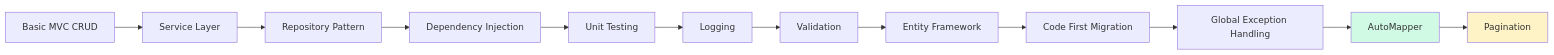
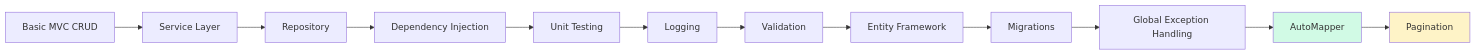
One commit to lemonwasp/dotnet-study changed the second of 6 diagrams in README.md. Above: the diagram before and after it, drawn with Mermaid. The commit also changed other lines of this file, not shown here.

````diff
--- a/README.md
+++ b/README.md
@@ -82,18 +123,18 @@
 ```mermaid
 flowchart LR
-    A[Basic MVC CRUD]
-    --> B[Service Layer]
-    --> C[Repository Pattern]
-    --> D[Dependency Injection]
-    --> E[Unit Testing]
-    --> F[Logging]
-    --> G[Validation]
-    --> H[Entity Framework]
-    --> I[Code First Migration]
-    --> J[Global Exception Handling]
-    --> K[AutoMapper]
-    --> L[Pagination]
+    A["Basic MVC CRUD"]
+    --> B["Service Layer"]
+    --> C["Repository"]
+    --> D["Dependency Injection"]
+    --> E["Unit Testing"]
+    --> F["Logging"]
+    --> G["Validation"]
+    --> H["Entity Framework"]
+    --> I["Migrations"]
+    --> J["Global Exception Handling"]
+    --> K["AutoMapper"]
+    --> L["Pagination"]
 
     style K fill:#d1fae5
     style L fill:#fef3c7
 ```
````
